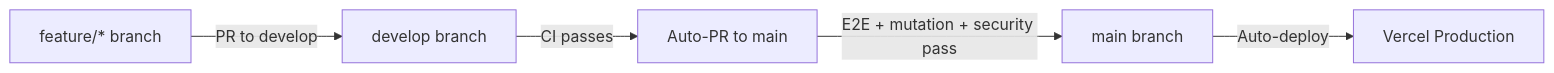
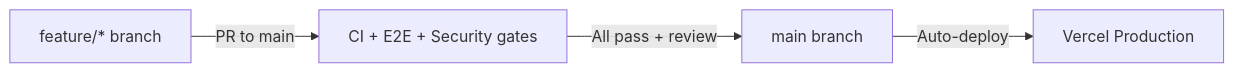
One commit to Oweeboi011/Fit-Ready-IQ changed the fourth of 5 diagrams in README.md. Above: the diagram before and after it, drawn with Mermaid. The commit also changed other lines of this file and 15 other files, not shown here.

````diff
--- a/README.md
+++ b/README.md
@@ -368,7 +368,6 @@
 ```mermaid
 flowchart LR
-    A["feature/* branch"] -->|PR to develop| B["develop branch"]
-    B -->|CI passes| C["Auto-PR to main"]
-    C -->|E2E + mutation + security pass| D["main branch"]
-    D -->|Auto-deploy| E["Vercel Production"]
+    A["feature/* branch"] -->|PR to main| B["CI + E2E + Security gates"]
+    B -->|All pass + review| C["main branch"]
+    C -->|Auto-deploy| D["Vercel Production"]
 ```
````
